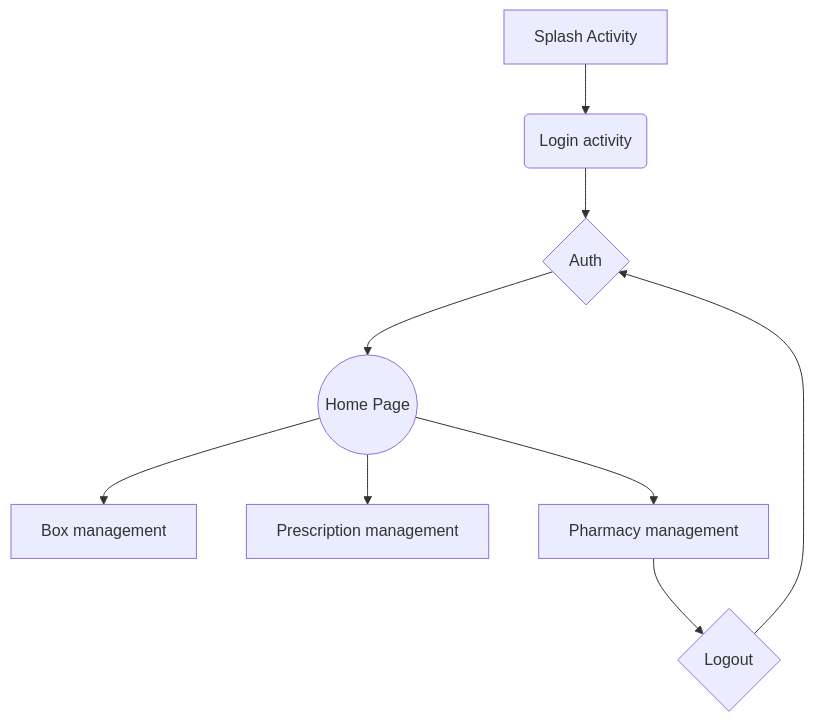
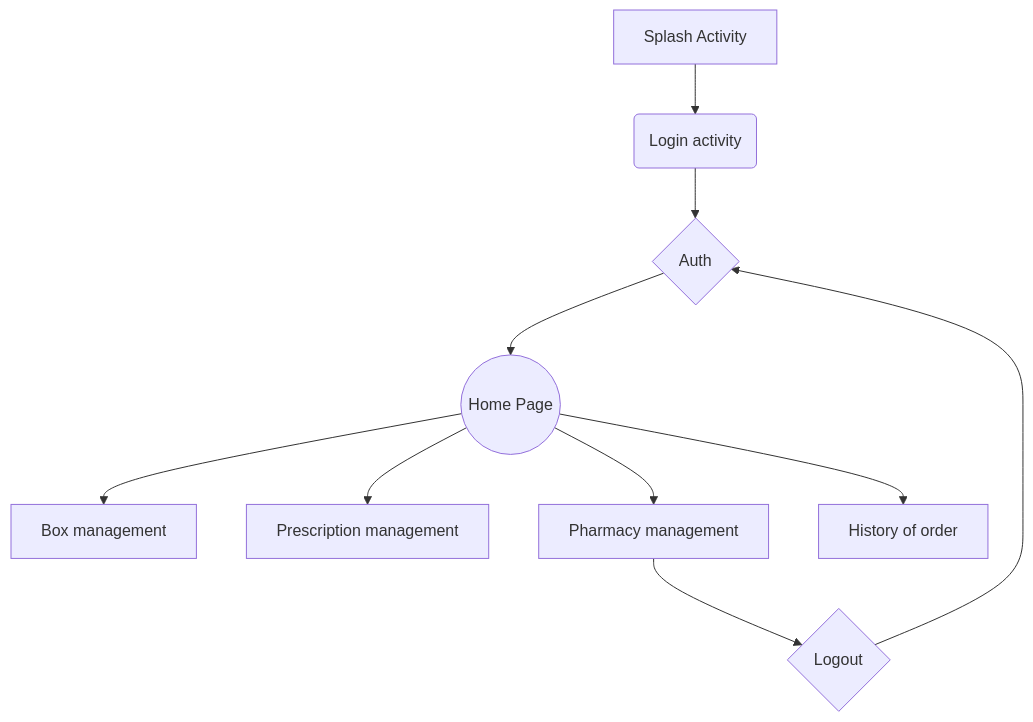
One commit to Pharma-collect/mobile-app-pro changed the first of 2 diagrams in README.md. Above: the diagram before and after it, drawn with Mermaid.

````diff
--- a/README.md
+++ b/README.md
@@ -43,11 +43,12 @@
 ```mermaid
 graph TD
 A[Splash Activity] --> B(Login activity)
 B --> C{Auth}
 C --> D((Home Page))
 D --> E[Box management]
 D --> F[Prescription management]
 D --> G[Pharmacy management]
+D --> I[History of order]
 G --> H{Logout}
 H --> C
 ```
````
